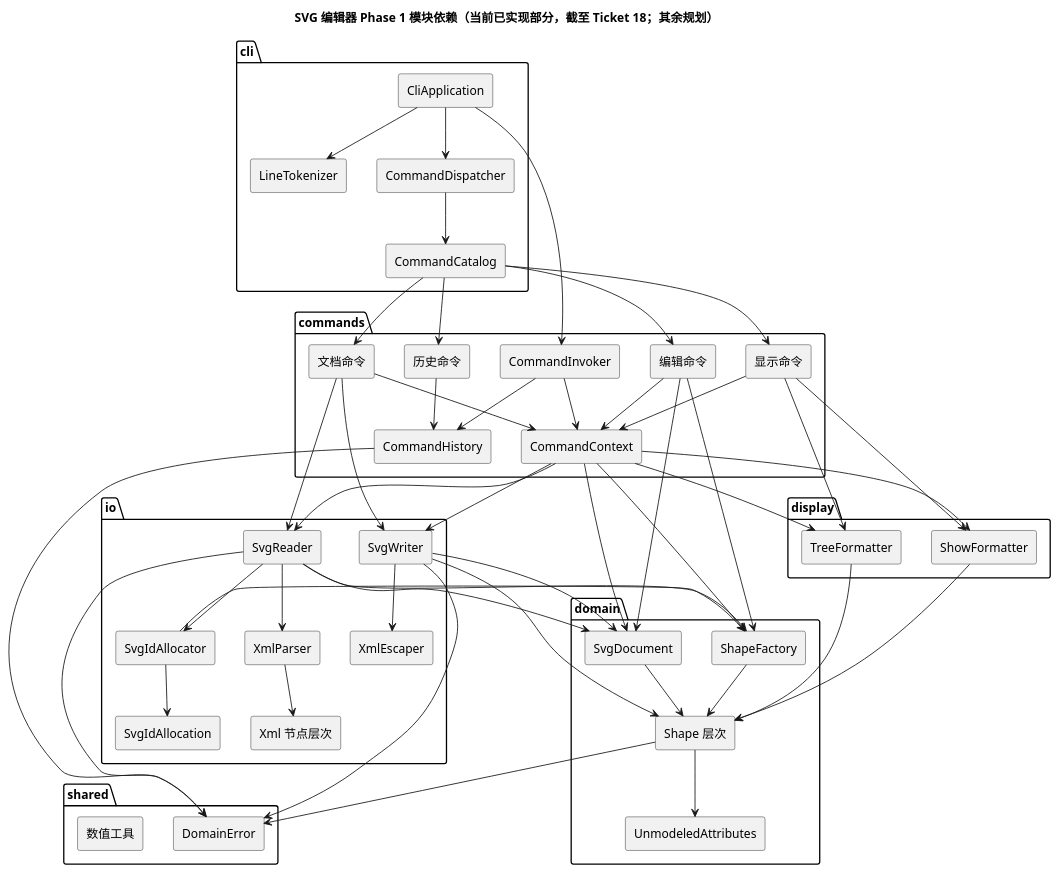
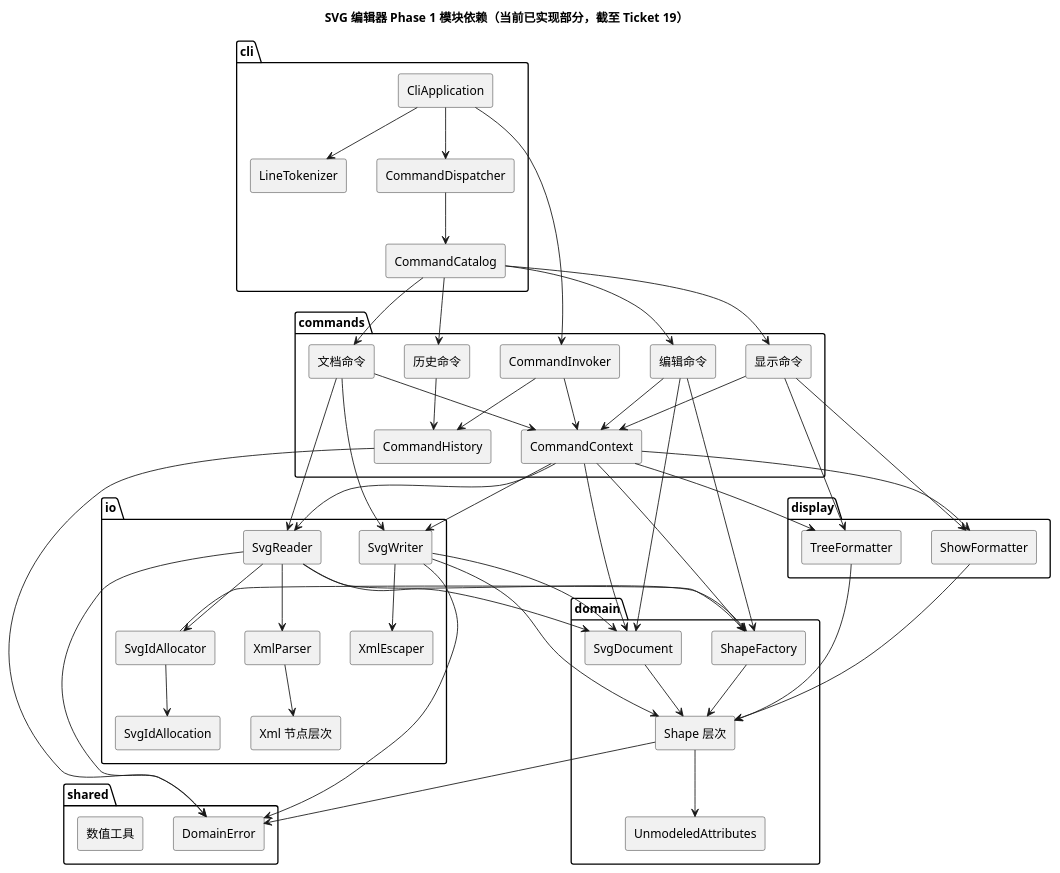
One commit to NQC233/svg-editor-lab1 changed the diagram in doc/architecture.puml. Above: the diagram before and after it, drawn with PlantUML. The commit also changed 5 other files, not shown here.

Commit message:
docs: align ticket 19 architecture status

```diff
--- a/doc/architecture.puml
+++ b/doc/architecture.puml
@@ -1,94 +1,94 @@
 @startuml
 skinparam componentStyle rectangle
-title SVG 编辑器 Phase 1 模块依赖（当前已实现部分，截至 Ticket 18；其余规划）
+title SVG 编辑器 Phase 1 模块依赖（当前已实现部分，截至 Ticket 19）
 
 package "cli" {
   [CliApplication]
   [CommandDispatcher]
   [CommandCatalog]
   [LineTokenizer]
 }
 
 package "commands" {
   [CommandInvoker]
   [CommandHistory]
   [CommandContext]
   [编辑命令]
   [文档命令]
   [显示命令]
   [历史命令]
 }
 
 package "domain" {
   [SvgDocument]
   [Shape 层次]
   [ShapeFactory]
   [UnmodeledAttributes]
 }
 
 package "io" {
   [Xml 节点层次]
   [SvgIdAllocator]
   [SvgIdAllocation]
   [SvgReader]
   [SvgWriter]
   [XmlParser]
   [XmlEscaper]
 }
 
 package "display" {
   [TreeFormatter]
   [ShowFormatter]
 }
 
 package "shared" {
   [DomainError]
   [数值工具]
 }
 
 [CliApplication] --> [LineTokenizer]
 [CliApplication] --> [CommandDispatcher]
 [CliApplication] --> [CommandInvoker]
 [CommandDispatcher] --> [CommandCatalog]
 [CommandCatalog] --> [编辑命令]
 [CommandCatalog] --> [文档命令]
 [CommandCatalog] --> [显示命令]
 [CommandCatalog] --> [历史命令]
 [CommandInvoker] --> [CommandHistory]
 [CommandInvoker] --> [CommandContext]
 [编辑命令] --> [CommandContext]
 [文档命令] --> [CommandContext]
 [显示命令] --> [CommandContext]
 [历史命令] --> [CommandHistory]
 [CommandContext] --> [SvgDocument]
 [CommandContext] --> [SvgReader]
 [CommandContext] --> [SvgWriter]
 [CommandContext] --> [TreeFormatter]
 [CommandContext] --> [ShowFormatter]
 [CommandContext] --> [ShapeFactory]
 [编辑命令] --> [SvgDocument]
 [编辑命令] --> [ShapeFactory]
 [文档命令] --> [SvgReader]
 [文档命令] --> [SvgWriter]
 [显示命令] --> [TreeFormatter]
 [显示命令] --> [ShowFormatter]
 [SvgReader] --> [XmlParser]
 [XmlParser] --> [Xml 节点层次]
 [SvgReader] --> [SvgIdAllocator]
 [SvgIdAllocator] --> [SvgIdAllocation]
 [SvgIdAllocator] --> [ShapeFactory]
 [SvgReader] --> [SvgDocument]
 [SvgReader] --> [ShapeFactory]
 [SvgWriter] --> [SvgDocument]
 [SvgWriter] --> [Shape 层次]
 [SvgWriter] --> [XmlEscaper]
 [TreeFormatter] --> [Shape 层次]
 [ShowFormatter] --> [Shape 层次]
 [ShapeFactory] --> [Shape 层次]
 [SvgDocument] --> [Shape 层次]
 [Shape 层次] --> [UnmodeledAttributes]
 [Shape 层次] --> [DomainError]
 [SvgReader] --> [DomainError]
 [SvgWriter] --> [DomainError]
 [CommandHistory] --> [DomainError]
 @enduml
```
